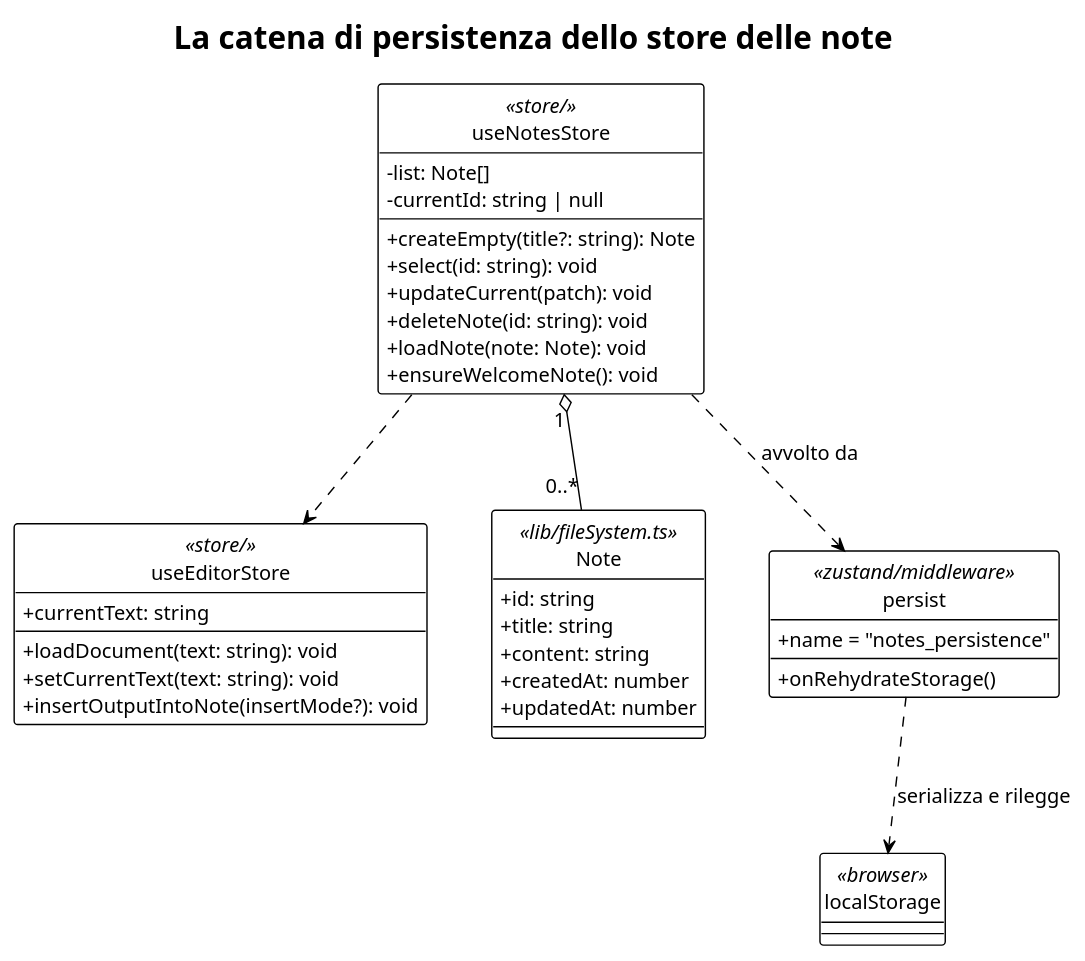
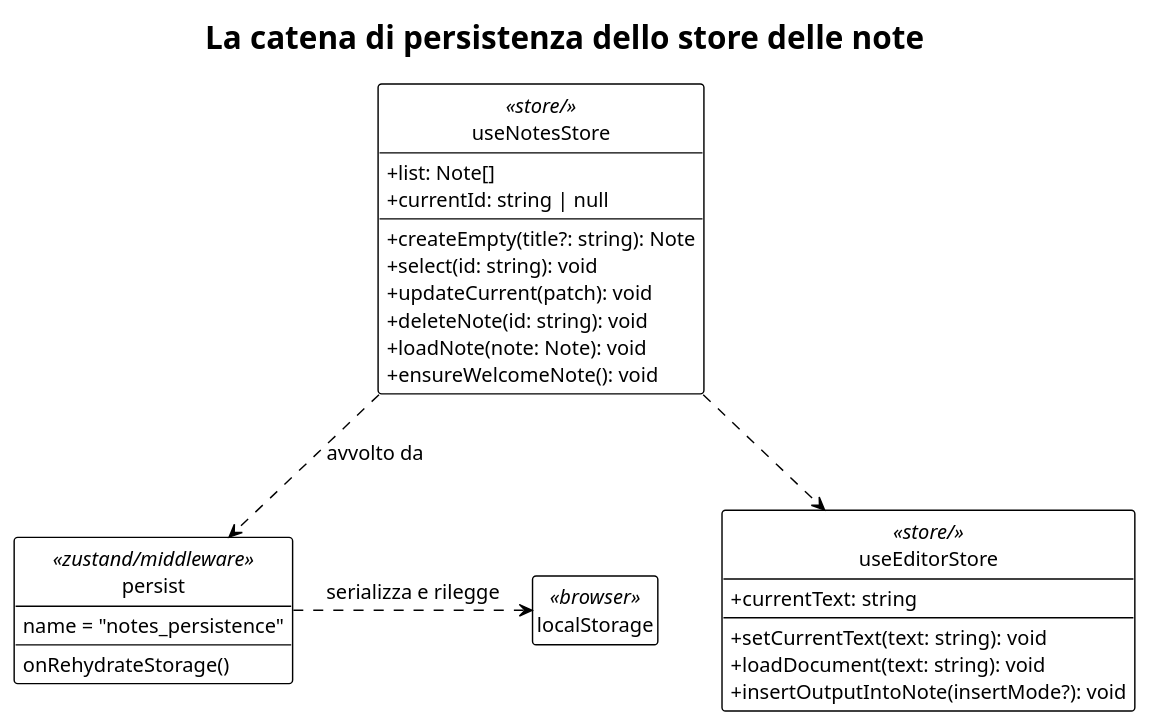
Before and after one commit to thebitless-group-swe/thebitless.github.io: the diagram in PB/doc_esterna/specifica_tecnica/assets/plantuml/UML4.4.2-1.puml, drawn with PlantUML. The commit also changed 15 other files, not shown here.

Commit message:
fix(ST): sistema diagrammi UML capitolo 4.4 e coerenza con relativo testo

```diff
--- a/PB/doc_esterna/specifica_tecnica/assets/plantuml/UML4.4.2-1.puml
+++ b/PB/doc_esterna/specifica_tecnica/assets/plantuml/UML4.4.2-1.puml
@@ -1,55 +1,42 @@
 @startuml
 !theme plain
 hide circle
+hide empty members
 skinparam classAttributeIconSize 0
 skinparam shadowing false
 skinparam nodesep 45
 skinparam ranksep 60
 skinparam defaultFontSize 14
 
 title La catena di persistenza dello store delle note
 
-together {
-  class useEditorStore <<store/>> {
-    + currentText: string
-    + loadDocument(text: string): void
-    + setCurrentText(text: string): void
-    + insertOutputIntoNote(insertMode?): void
-  }
-
-  class useNotesStore <<store/>> {
-    - list: Note[]
-    - currentId: string | null
-    + createEmpty(title?: string): Note
-    + select(id: string): void
-    + updateCurrent(patch): void
-    + deleteNote(id: string): void
-    + loadNote(note: Note): void
-    + ensureWelcomeNote(): void
-  }
-
-  class Note <<lib/fileSystem.ts>> {
-    + id: string
-    + title: string
-    + content: string
-    + createdAt: number
-    + updatedAt: number
-  }
+class useNotesStore <<store/>> {
+  + list: Note[]
+  + currentId: string | null
+  + createEmpty(title?: string): Note
+  + select(id: string): void
+  + updateCurrent(patch): void
+  + deleteNote(id: string): void
+  + loadNote(note: Note): void
+  + ensureWelcomeNote(): void
 }
 
-together {
-  class persist <<zustand/middleware>> {
-    + name = "notes_persistence"
-    + onRehydrateStorage()
-  }
-
-  class localStorage <<browser>> {
-  }
+class useEditorStore <<store/>> {
+  + currentText: string
+  + setCurrentText(text: string): void
+  + loadDocument(text: string): void
+  + insertOutputIntoNote(insertMode?): void
 }
 
-useNotesStore "1" o-- "0..*" Note
+class persist <<zustand/middleware>> {
+  name = "notes_persistence"
+  onRehydrateStorage()
+}
+
+class localStorage <<browser>>
+
 useNotesStore ..> useEditorStore
 useNotesStore ..> persist : avvolto da
-persist ..> localStorage : serializza e rilegge
+persist .right.> localStorage : serializza e rilegge
 
 @enduml
```
